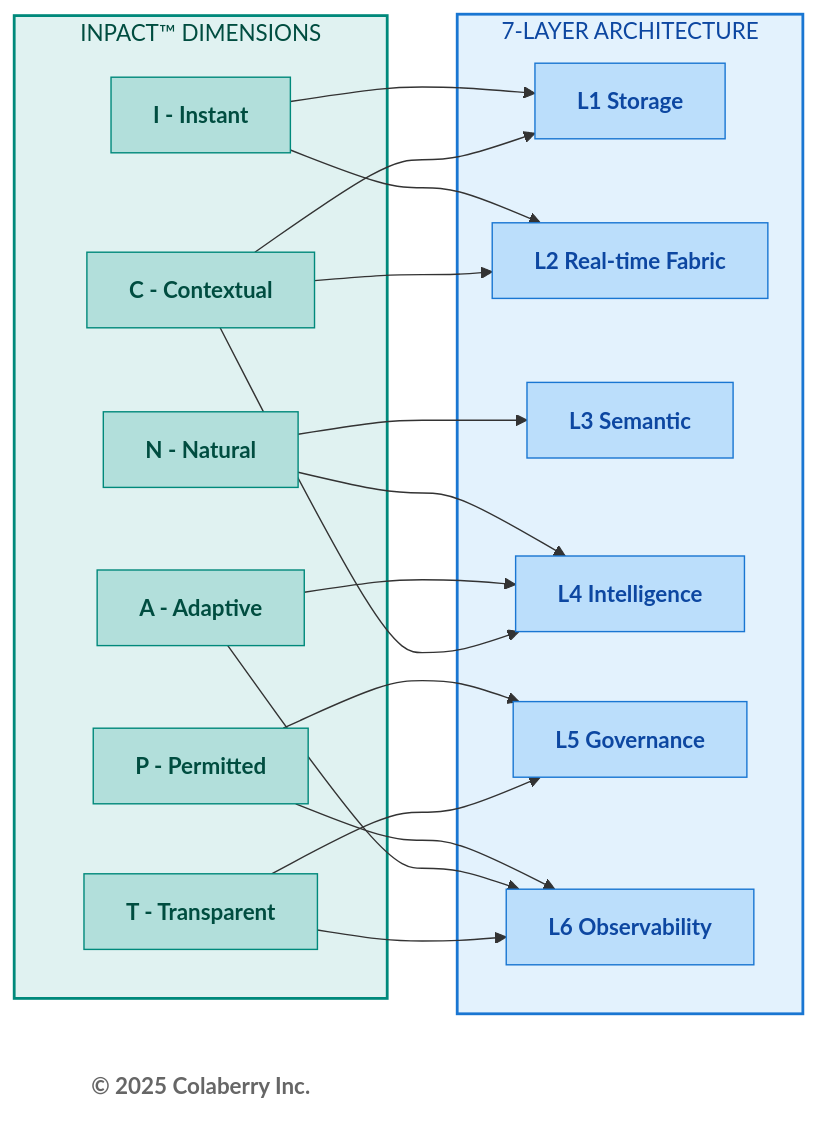
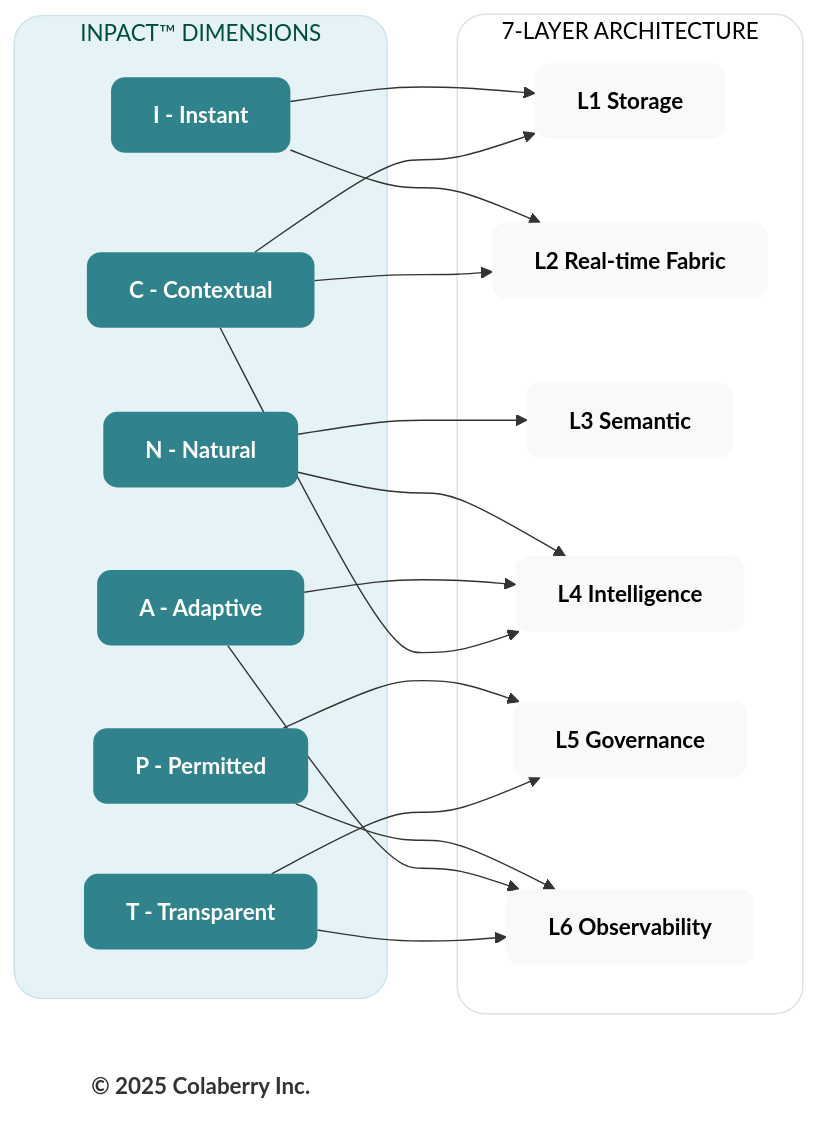
The fourth of 6 diagrams in manuscript/10_chapter_9_measuring_agent_readiness.md (saitejesh-cyber/trust-before-intelligence-book), drawn with Mermaid before and after one commit. The commit also changed other lines of this file and 7 other files, not shown here.

Commit message:
Chapter 6to13: Updated mermaid diagrams based on new colaberry color code

````diff
--- a/manuscript/10_chapter_9_measuring_agent_readiness.md
+++ b/manuscript/10_chapter_9_measuring_agent_readiness.md
@@ -242,52 +242,52 @@
 ```mermaid
 graph LR
     subgraph INPACT["INPACT™ DIMENSIONS"]
         I["<b>I - Instant</b>"]
         N["<b>N - Natural</b>"]
         P["<b>P - Permitted</b>"]
         A["<b>A - Adaptive</b>"]
         C["<b>C - Contextual</b>"]
         T["<b>T - Transparent</b>"]
     end
     
     subgraph LAYERS["7-LAYER ARCHITECTURE"]
         L1["<b>L1 Storage</b>"]
         L2["<b>L2 Real-time Fabric</b>"]
         L3["<b>L3 Semantic</b>"]
         L4["<b>L4 Intelligence</b>"]
         L5["<b>L5 Governance</b>"]
         L6["<b>L6 Observability</b>"]
     end
     
     I --> L1
     I --> L2
     N --> L3
     N --> L4
     P --> L5
     P --> L6
     A --> L4
     A --> L6
     C --> L1
     C --> L2
     C --> L4
     T --> L5
     T --> L6
     
     Copyright["<b>© 2025 Colaberry Inc.</b>"]
     
-    style INPACT fill:#e0f2f1,stroke:#00897b,stroke-width:2px,color:#004d40
-    style LAYERS fill:#e3f2fd,stroke:#1976d2,stroke-width:2px,color:#0d47a1
-    style I fill:#b2dfdb,stroke:#00897b,color:#004d40
-    style N fill:#b2dfdb,stroke:#00897b,color:#004d40
-    style P fill:#b2dfdb,stroke:#00897b,color:#004d40
-    style A fill:#b2dfdb,stroke:#00897b,color:#004d40
-    style C fill:#b2dfdb,stroke:#00897b,color:#004d40
-    style T fill:#b2dfdb,stroke:#00897b,color:#004d40
-    style L1 fill:#bbdefb,stroke:#1976d2,color:#0d47a1
-    style L2 fill:#bbdefb,stroke:#1976d2,color:#0d47a1
-    style L3 fill:#bbdefb,stroke:#1976d2,color:#0d47a1
-    style L4 fill:#bbdefb,stroke:#1976d2,color:#0d47a1
-    style L5 fill:#bbdefb,stroke:#1976d2,color:#0d47a1
-    style L6 fill:#bbdefb,stroke:#1976d2,color:#0d47a1
-    style Copyright fill:#ffffff,stroke:none,color:#666666
+    style INPACT fill:#e6f3f6,stroke:#c7e3ea,stroke-width:1px,color:#004d40,rx:20,ry:20
+    style LAYERS fill:#ffffff,stroke:#e0e0e0,stroke-width:1px,color:#000000,rx:20,ry:20
+    style I fill:#30838C,stroke:none,color:#ffffff,rx:10,ry:10
+    style N fill:#30838C,stroke:none,color:#ffffff,rx:10,ry:10
+    style P fill:#30838C,stroke:none,color:#ffffff,rx:10,ry:10
+    style A fill:#30838C,stroke:none,color:#ffffff,rx:10,ry:10
+    style C fill:#30838C,stroke:none,color:#ffffff,rx:10,ry:10
+    style T fill:#30838C,stroke:none,color:#ffffff,rx:10,ry:10
+    style L1 fill:#f9f9f9,stroke:none,color:#000000,rx:10,ry:10
+    style L2 fill:#f9f9f9,stroke:none,color:#000000,rx:10,ry:10
+    style L3 fill:#f9f9f9,stroke:none,color:#000000,rx:10,ry:10
+    style L4 fill:#f9f9f9,stroke:none,color:#000000,rx:10,ry:10
+    style L5 fill:#f9f9f9,stroke:none,color:#000000,rx:10,ry:10
+    style L6 fill:#f9f9f9,stroke:none,color:#000000,rx:10,ry:10
+    style Copyright fill:none,stroke:none,color:#333333
 ```
````
